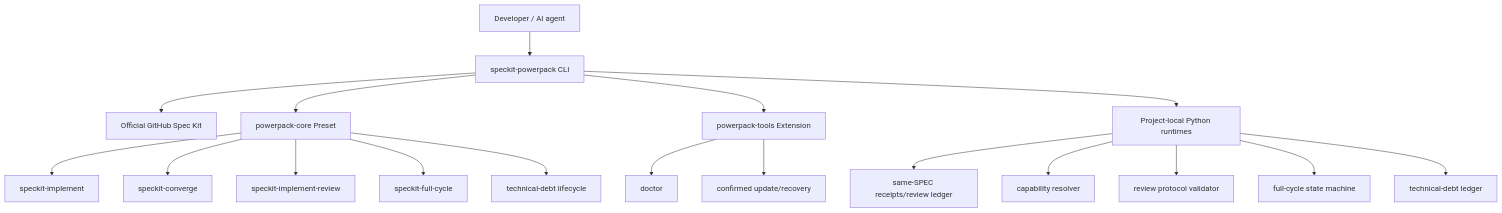
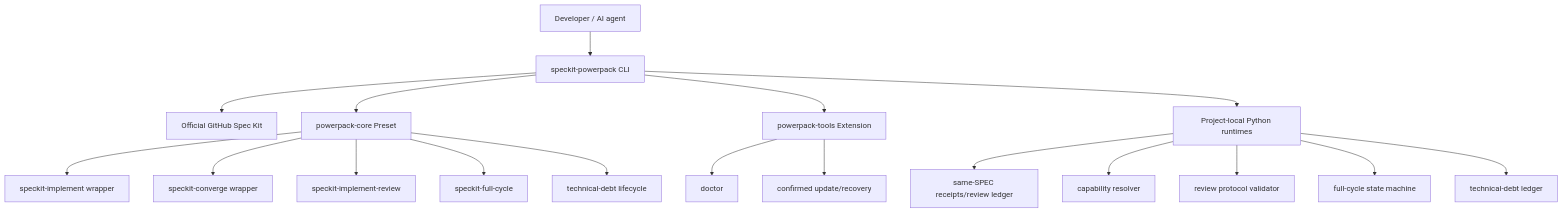
Before and after one commit to ds1david/speckit-powerpack: the first of 4 diagrams in README.md, drawn with Mermaid. The commit also changed other lines of this file, not shown here.

````diff
--- a/README.md
+++ b/README.md
@@ -42,23 +69,23 @@
 ```mermaid
 flowchart TB
     U[Developer / AI agent] --> CLI[speckit-powerpack CLI]
     CLI --> SK[Official GitHub Spec Kit]
     CLI --> PRE[powerpack-core Preset]
     CLI --> EXT[powerpack-tools Extension]
 
-    PRE --> IMP[speckit-implement]
-    PRE --> CONV[speckit-converge]
+    PRE --> IMP[speckit-implement wrapper]
+    PRE --> CONV[speckit-converge wrapper]
     PRE --> REV[speckit-implement-review]
     PRE --> FULL[speckit-full-cycle]
     PRE --> DEBT[technical-debt lifecycle]
 
     EXT --> DOC[doctor]
     EXT --> UPD[confirmed update/recovery]
 
     CLI --> RT[Project-local Python runtimes]
     RT --> STATE[same-SPEC receipts/review ledger]
     RT --> CAP[capability resolver]
     RT --> RP[review protocol validator]
     RT --> FC[full-cycle state machine]
     RT --> TD[technical-debt ledger]
 ```
````
